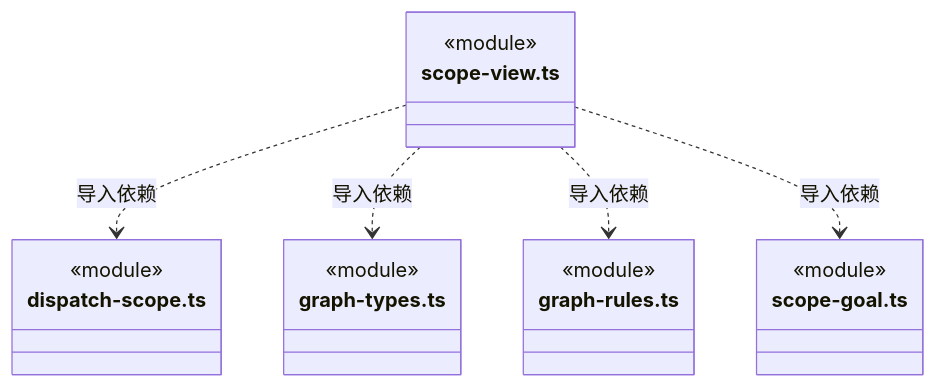
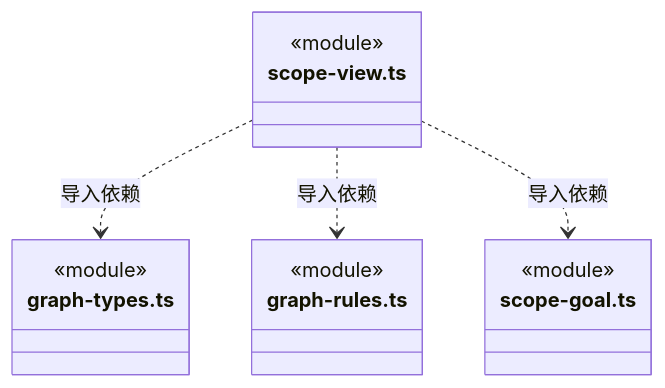
One commit to nan023062/cbim changed diagram 54 of 56 in src/backend/core/tasks/ARCHITECTURE.md. Above: the diagram before and after it, drawn with Mermaid. The commit also changed other lines of this file and 53 other files, not shown here.

````diff
--- a/src/backend/core/tasks/ARCHITECTURE.md
+++ b/src/backend/core/tasks/ARCHITECTURE.md
@@ -1219,22 +1359,18 @@
 ```mermaid
 classDiagram
 class N_src_backend_core_tasks_scope_view_ts["scope-view.ts"] {
-  <<module>>
-}
-class N_src_backend_core_tasks_dispatch_scope_ts["dispatch-scope.ts"] {
   <<module>>
 }
 class N_src_backend_core_tasks_graph_types_ts["graph-types.ts"] {
   <<module>>
 }
 class N_src_backend_core_tasks_graph_rules_ts["graph-rules.ts"] {
   <<module>>
 }
 class N_src_backend_core_tasks_scope_goal_ts["scope-goal.ts"] {
   <<module>>
 }
-N_src_backend_core_tasks_scope_view_ts ..> N_src_backend_core_tasks_dispatch_scope_ts : 导入依赖
 N_src_backend_core_tasks_scope_view_ts ..> N_src_backend_core_tasks_graph_types_ts : 导入依赖
 N_src_backend_core_tasks_scope_view_ts ..> N_src_backend_core_tasks_graph_rules_ts : 导入依赖
 N_src_backend_core_tasks_scope_view_ts ..> N_src_backend_core_tasks_scope_goal_ts : 导入依赖
 ```
````
